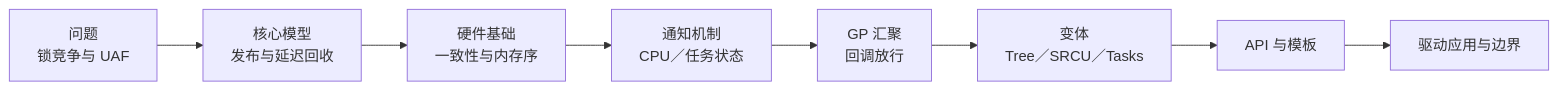
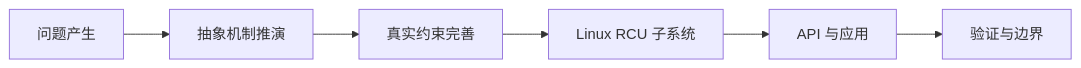
The diagram in knowledge/linux/synchronization/rcu/大纲.md (FormingSystem/linux_note), drawn with Mermaid before and after one commit. The commit also changed other lines of this file and 32 other files, not shown here.

````diff
--- a/knowledge/linux/synchronization/rcu/大纲.md
+++ b/knowledge/linux/synchronization/rcu/大纲.md
@@ -27,10 +16,8 @@
 ```mermaid
 flowchart LR
-    A[问题<br/>锁竞争与 UAF] --> B[核心模型<br/>发布与延迟回收]
-    B --> C[硬件基础<br/>一致性与内存序]
-    C --> D[通知机制<br/>CPU／任务状态]
-    D --> E[GP 汇聚<br/>回调放行]
-    E --> F[变体<br/>Tree／SRCU／Tasks]
-    F --> G[API 与模板]
-    G --> H[驱动应用与边界]
+    A[问题产生] --> B[抽象机制推演]
+    B --> C[真实约束完善]
+    C --> D[Linux RCU 子系统]
+    D --> E[API 与应用]
+    E --> F[验证与边界]
 ```
````
